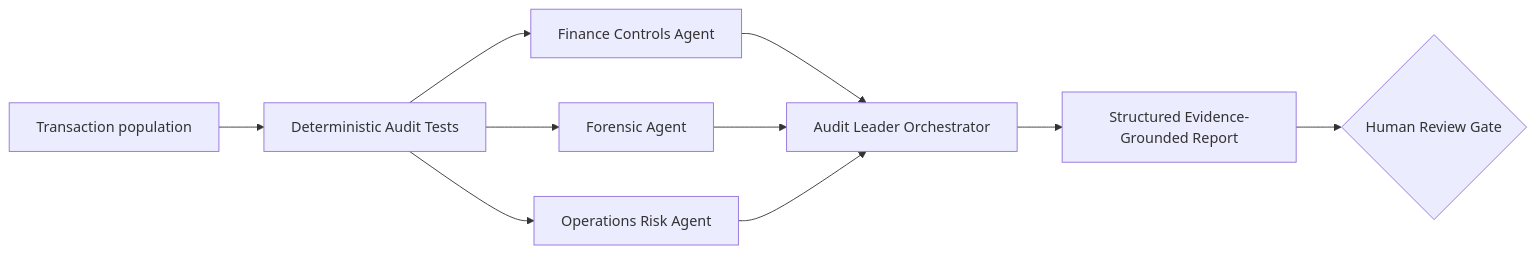
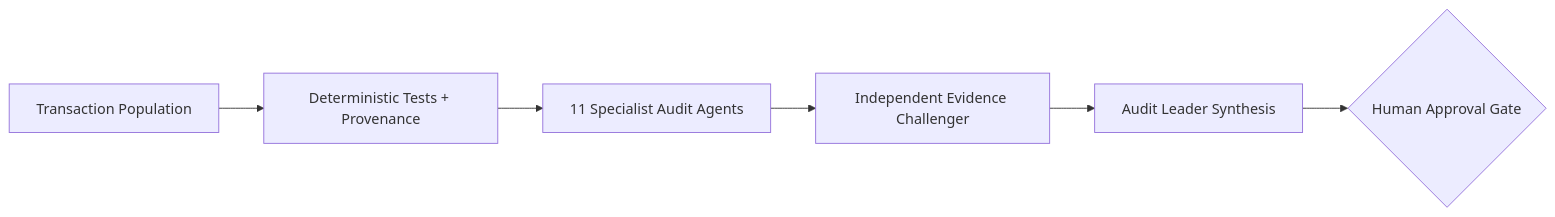
Before and after one commit to Saehon/AAA: the diagram in finance_ops_audit_agent/README.md, drawn with Mermaid. The commit also changed other lines of this file, not shown here.

Commit message:
Upgrade README for Frankenstein audit system

````diff
--- a/finance_ops_audit_agent/README.md
+++ b/finance_ops_audit_agent/README.md
@@ -23,12 +15,8 @@
-```mermaid
+~~~mermaid
 flowchart LR
-    A[Transaction population] --> B[Deterministic Audit Tests]
-    B --> C1[Finance Controls Agent]
-    B --> C2[Forensic Agent]
-    B --> C3[Operations Risk Agent]
-    C1 --> D[Audit Leader Orchestrator]
-    C2 --> D
-    C3 --> D
-    D --> E[Structured Evidence-Grounded Report]
-    E --> F{Human Review Gate}
-```
+    A[Transaction Population] --> B[Deterministic Tests + Provenance]
+    B --> C[11 Specialist Audit Agents]
+    C --> D[Independent Evidence Challenger]
+    D --> E[Audit Leader Synthesis]
+    E --> F{Human Approval Gate}
+~~~
````
